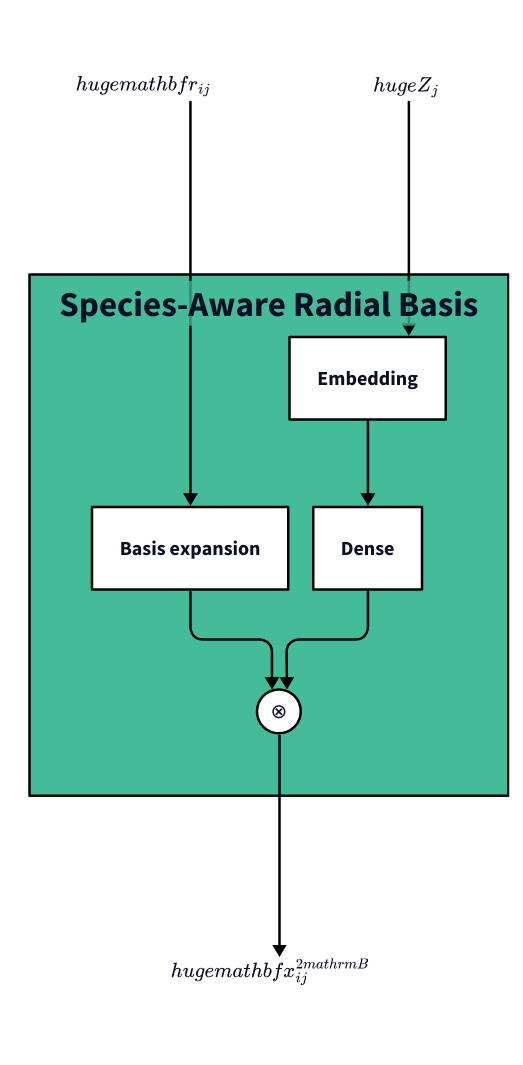
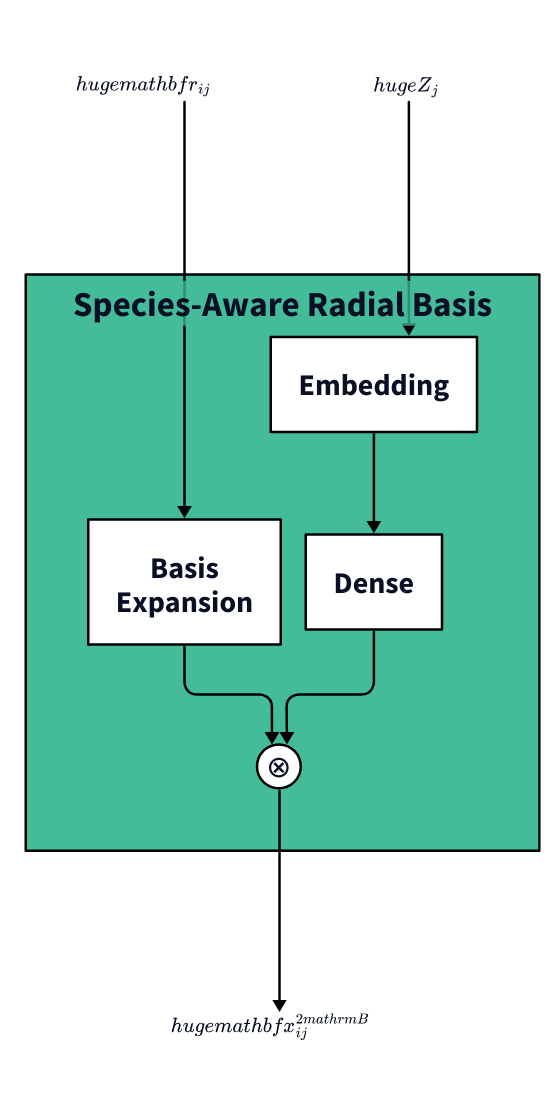
The diagram in architecture_figures/1_sarb.d2 (SamsungDS/gears_h), drawn with D2 before and after one commit.

Commit message:
Update SARB font sizes and line wrapping.

```diff
--- a/architecture_figures/1_sarb.d2
+++ b/architecture_figures/1_sarb.d2
@@ -1,120 +1,123 @@
 # direction: right
 
 vars: {
     d2-config: {
       layout-engine: elk
     #   theme-id: 101
       pad: 10
     }
 }
 
 zj: {label: ""
      equation: |latex
          \huge{Z_j}
      |
      class: empty
 }
 r: {label: ""
     equation: |latex
         \huge{\mathbf{r}_{ij}}
     |
     class: empty
 }
 f: {label: ""
     equation: |latex
         \huge{\mathbf{x}^{2\mathrm{B}}_{ij}}
     |
     class: empty
     label.near: outside-bottom-center
 }
 
 sarb: Species-Aware Radial Basis {
     class: sarb
     embedding: Embedding {class: in_module}
-    basis: Basis expansion {class: in_module}
+    basis: Basis\nExpansion {class: in_module}
     dense: Dense {class: in_module}
     ⊗: {class: operator}
     # ⊕: {class: operator}
 
     _.r.equation -> basis: {style: {stroke: "#000000"}}
     _.zj.equation -> embedding: {style: {stroke: "#000000"}}
     embedding -> dense: {style: {stroke: "#000000"; font-color: black}}
     dense -> ⊗: {style: {stroke: "#000000"}}
     basis -> ⊗: {style: {stroke: "#000000"}}
     ⊗ -> _.f.equation: {style: {stroke: "#000000"}}
 }
 
 classes: {
     operator: {shape: circle
                width: 35
                height: 35
                style: {fill: "#FFFFFF"
                        stroke: "#000000"
+                       font-size: 24
                       }
     }
     empty: {
             width: 50
             height: 10
             style: {
                 fill: transparent
                 stroke: transparent
                 font-size: 24
             }
     }
     sarb: {
         style: {
             fill: "#44BB99"
             stroke: "#000000"
             bold: true
+            font-size: 28
         }
     }
     in_module: {
         style: {
             fill: "#FFFFFF"
             stroke: "#000000"
             # opacity: 0.5
+            font-size: 24
         }
     }
     ac: {
         style: {
             fill: "#BBCC33"
             stroke: "#000000"
         }
     }
     bc: {
         style: {
             fill: "#EEDD88"
             stroke: "#000000"
         }
     }
     rd: {
         style: {
             fill: "#EE8866"
             stroke: "#000000"
         }
     }
     ro: {
         style: {
             fill: "#FFAABB"
             stroke: "#000000"
         }
     }
     outs: {
         style: {
             fill: "#DDDDDD"
             stroke: "#000000"
             multiple: true
         }
     }
     input : {
         # label: ""
         width: 50
         height: 50
         shape: parallelogram
         style: {
             fill: "#99DDFF"
             stroke: "#000000"
             multiple: true
         }
     }
 }
```
